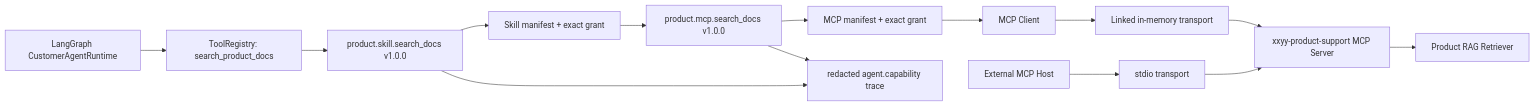
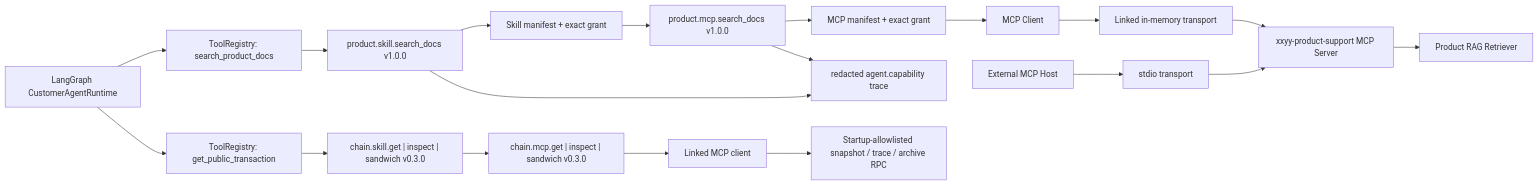
The first of 3 diagrams in docs/capability-plane.md (orbitrelaylabs/xxyy-ask), drawn with Mermaid before and after one commit. The commit also changed other lines of this file and 85 other files, not shown here.

````diff
--- a/docs/capability-plane.md
+++ b/docs/capability-plane.md
@@ -22,17 +24,23 @@
 ```mermaid
 flowchart LR
   Runtime["LangGraph CustomerAgentRuntime"] --> Tool["ToolRegistry: search_product_docs"]
   Tool --> Skill["product.skill.search_docs v1.0.0"]
   Skill --> SkillPolicy["Skill manifest + exact grant"]
   SkillPolicy --> MCP["product.mcp.search_docs v1.0.0"]
   MCP --> MCPPolicy["MCP manifest + exact grant"]
   MCPPolicy --> Client["MCP Client"]
   Client --> InMemory["Linked in-memory transport"]
   InMemory --> Server["xxyy-product-support MCP Server"]
   Server --> Retriever["Product RAG Retriever"]
   Skill --> Audit["redacted agent.capability trace"]
   MCP --> Audit
 
+  Runtime --> ChainTool["ToolRegistry: get_public_transaction"]
+  ChainTool --> ChainSkill["chain.skill.get | inspect | sandwich v0.3.0"]
+  ChainSkill --> ChainMCP["chain.mcp.get | inspect | sandwich v0.3.0"]
+  ChainMCP --> ChainClient["Linked MCP client"]
+  ChainClient --> RPC["Startup-allowlisted snapshot / trace / archive RPC"]
+
   Host["External MCP Host"] --> Stdio["stdio transport"]
   Stdio --> Server
 ```
````
